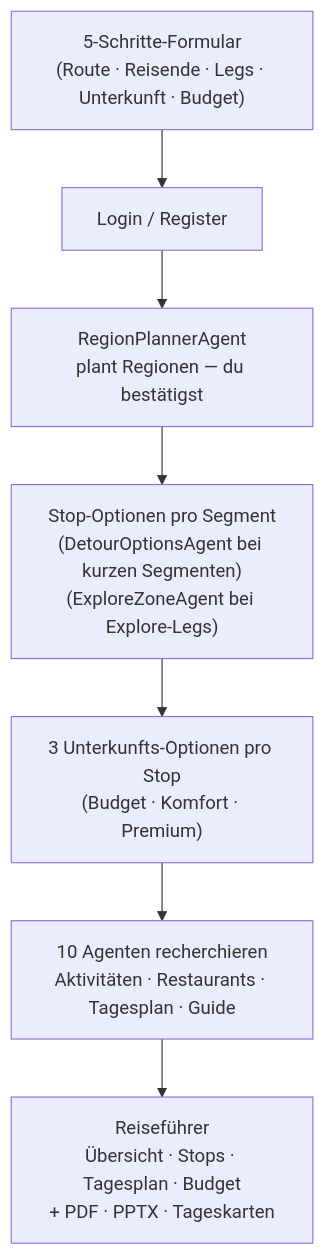
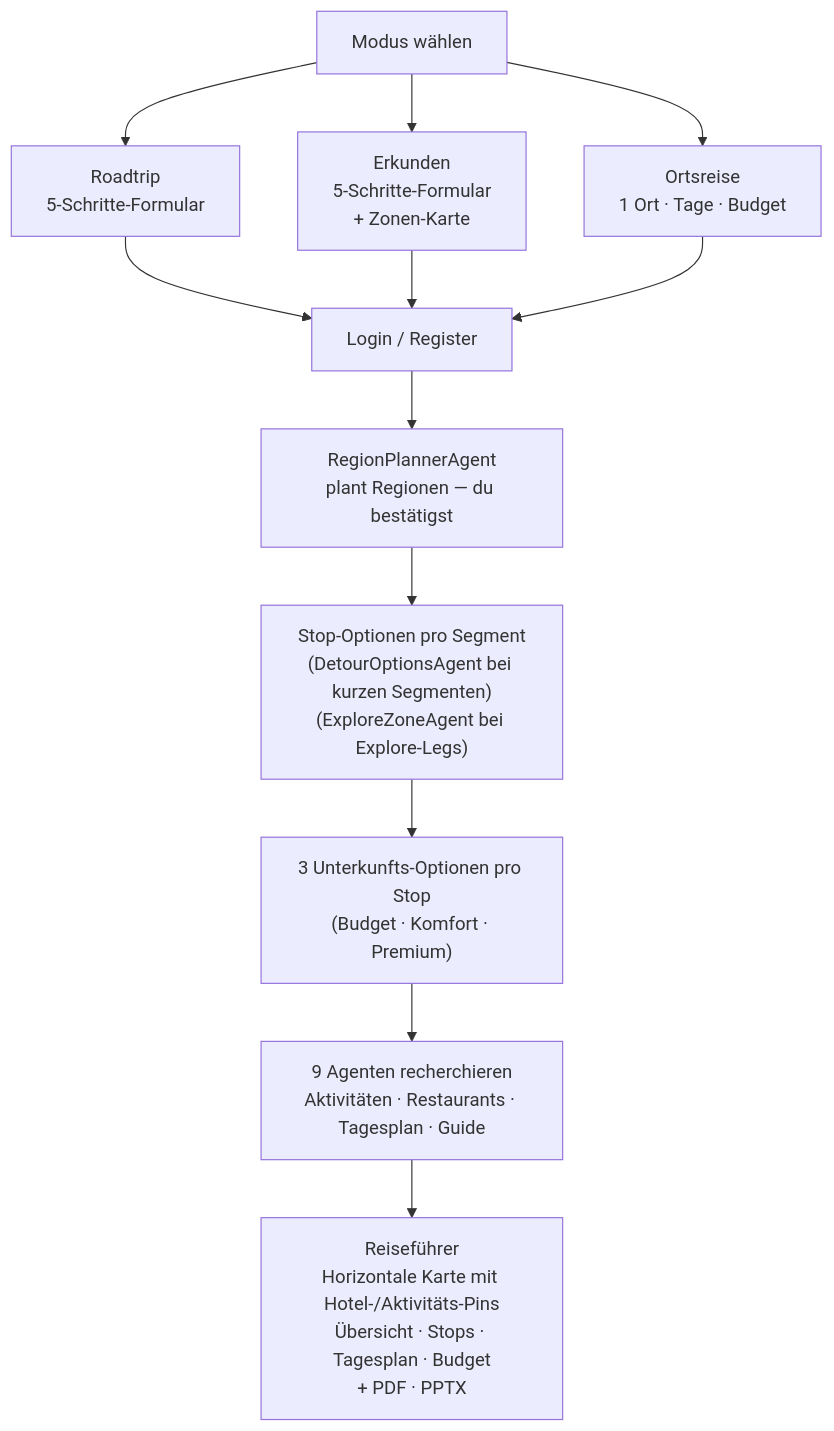
Before and after one commit to stefanschaedeli/DetourAI: the first of 2 diagrams in README.md, drawn with Mermaid. The commit also changed other lines of this file, not shown here.

````diff
--- a/README.md
+++ b/README.md
@@ -37,9 +37,14 @@
 ```mermaid
 flowchart TD
-    A["5-Schritte-Formular\n(Route · Reisende · Legs · Unterkunft · Budget)"] --> B["Login / Register"]
+    M["Modus wählen"] --> R["Roadtrip\n5-Schritte-Formular"]
+    M --> X["Erkunden\n5-Schritte-Formular\n+ Zonen-Karte"]
+    M --> O["Ortsreise\n1 Ort · Tage · Budget"]
+    R --> B["Login / Register"]
+    X --> B
+    O --> B
     B --> C["RegionPlannerAgent\nplant Regionen — du bestätigst"]
     C --> D["Stop-Optionen pro Segment\n(DetourOptionsAgent bei kurzen Segmenten)\n(ExploreZoneAgent bei Explore-Legs)"]
     D --> E["3 Unterkunfts-Optionen pro Stop\n(Budget · Komfort · Premium)"]
-    E --> F["10 Agenten recherchieren\nAktivitäten · Restaurants · Tagesplan · Guide"]
-    F --> G["Reiseführer\nÜbersicht · Stops · Tagesplan · Budget\n+ PDF · PPTX · Tageskarten"]
+    E --> F["9 Agenten recherchieren\nAktivitäten · Restaurants · Tagesplan · Guide"]
+    F --> G["Reiseführer\nHorizontale Karte mit Hotel-/Aktivitäts-Pins\nÜbersicht · Stops · Tagesplan · Budget\n+ PDF · PPTX"]
 ```
````
